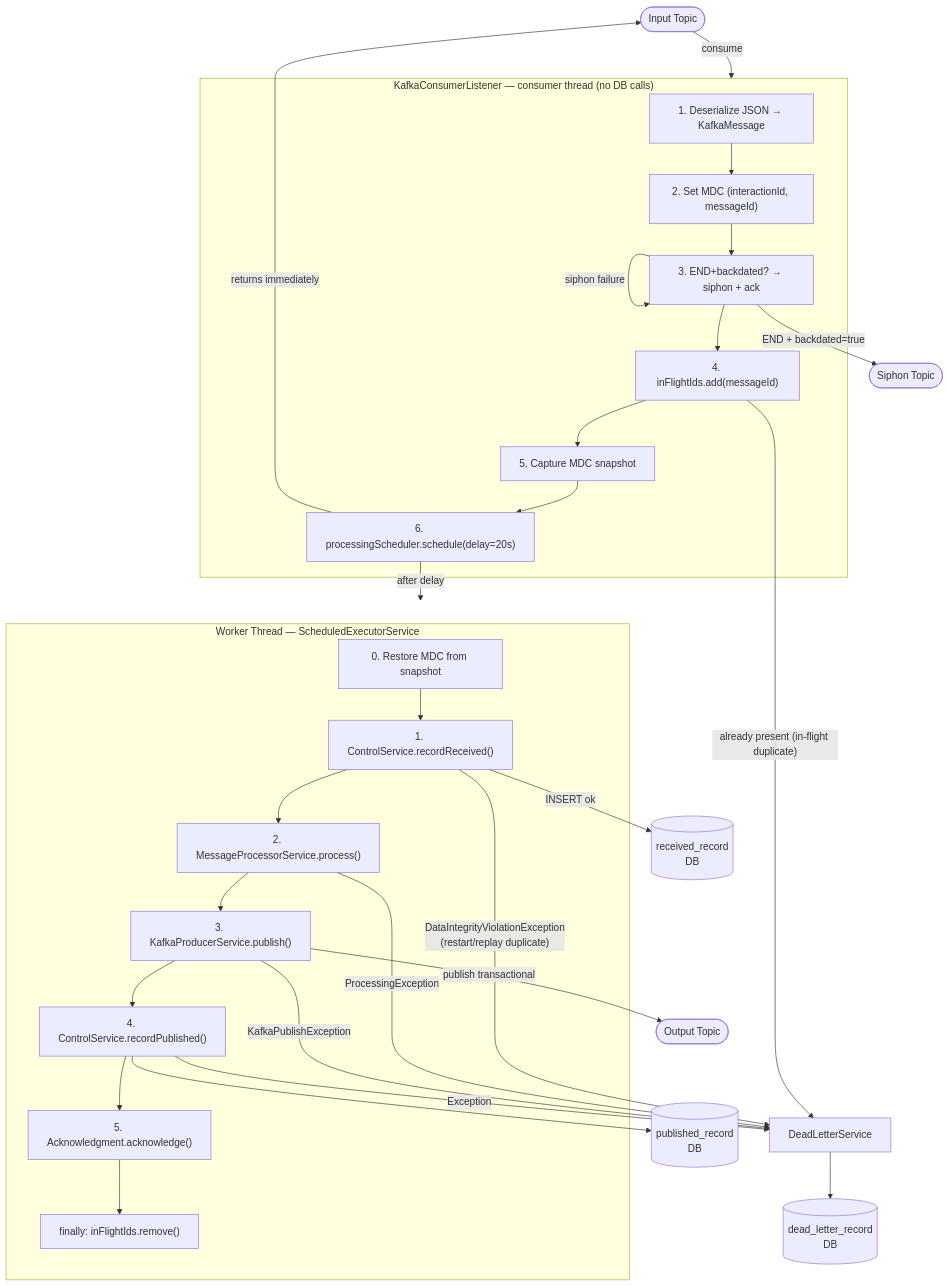
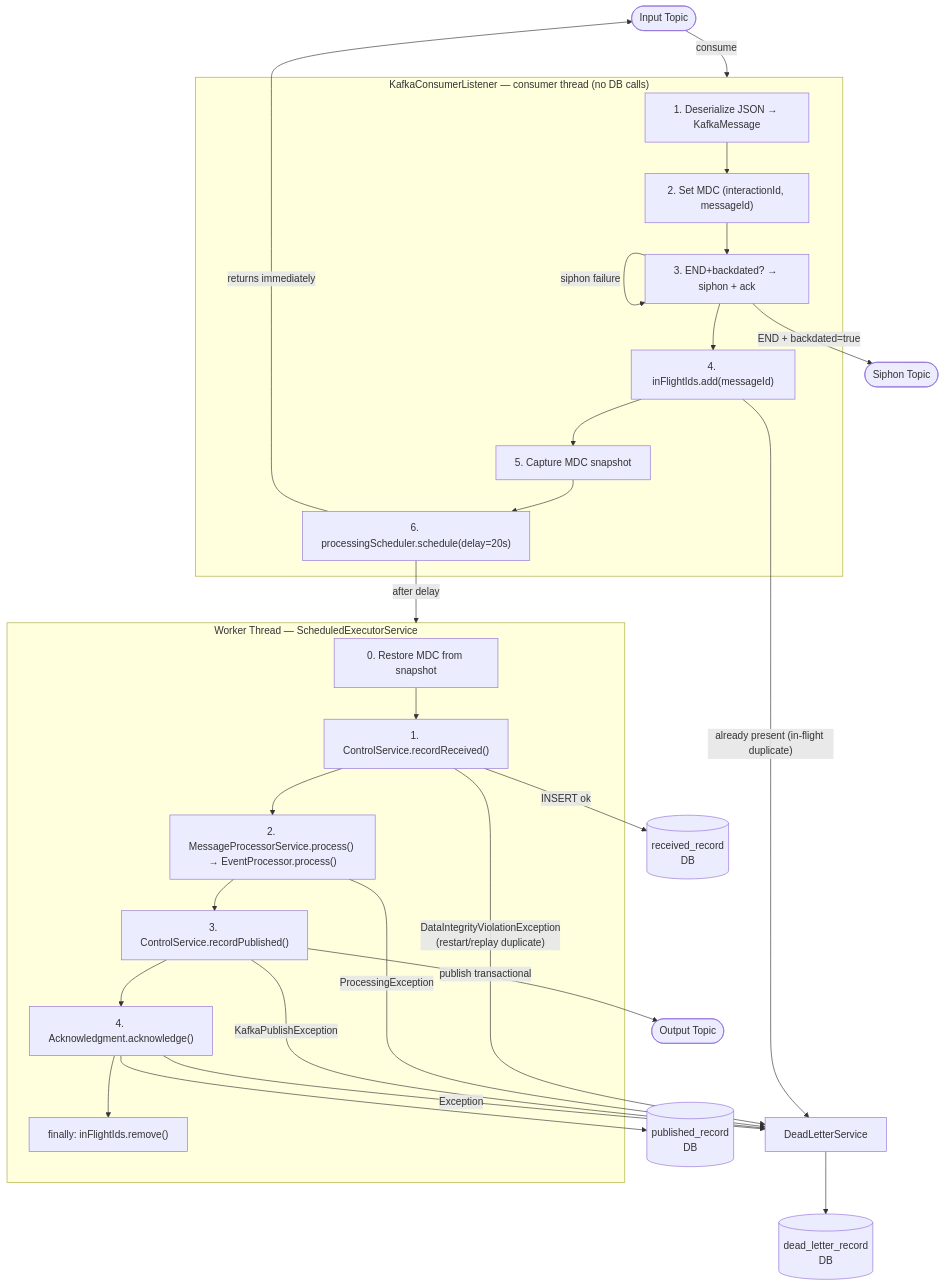
Before and after one commit to thzero/kafka-reader-example: the first of 2 diagrams in README.md, drawn with Mermaid. The commit also changed other lines of this file and 1 other file, not shown here.

Commit message:
updates to readme and diagrams

````diff
--- a/README.md
+++ b/README.md
@@ -38,42 +38,41 @@
 ```mermaid
 flowchart TD
     IT([Input Topic]) -->|consume| CL
 
     subgraph CL["KafkaConsumerListener — consumer thread (no DB calls)"]
         CL1["1. Deserialize JSON → KafkaMessage"]
         CL2["2. Set MDC (interactionId, messageId)"]
     CL3["3. END+backdated? → siphon + ack"]
         CL4["4. inFlightIds.add(messageId)"]
         CL5["5. Capture MDC snapshot"]
         CL6["6. processingScheduler.schedule(delay=20s)"]
         CL1 --> CL2 --> CL3 --> CL4 --> CL5 --> CL6
     end
 
     CL3 -->|"END + backdated=true"| ST([Siphon Topic])
     CL3 -->|siphon failure| CL3
     CL4 -->|"already present (in-flight duplicate)"| DL
     CL6 -->|returns immediately| IT
 
     subgraph WT["Worker Thread — ScheduledExecutorService"]
         WT0["0. Restore MDC from snapshot"]
         WT1["1. ControlService.recordReceived()"]
-        WT2["2. MessageProcessorService.process()"]
-        WT3["3. KafkaProducerService.publish()"]
-        WT4["4. ControlService.recordPublished()"]
-        WT5["5. Acknowledgment.acknowledge()"]
-        WT6["finally: inFlightIds.remove()"]
-        WT0 --> WT1 --> WT2 --> WT3 --> WT4 --> WT5 --> WT6
+        WT2["2. MessageProcessorService.process() → EventProcessor.process()"]
+        WT3["3. ControlService.recordPublished()"]
+        WT4["4. Acknowledgment.acknowledge()"]
+        WT5["finally: inFlightIds.remove()"]
+        WT0 --> WT1 --> WT2 --> WT3 --> WT4 --> WT5
     end
 
     CL6 -->|after delay| WT
     WT1 -->|INSERT ok| RR[(received_record\nDB)]
     WT1 -->|"DataIntegrityViolationException\n(restart/replay duplicate)"| DL
     WT3 -->|publish transactional| OT([Output Topic])
     WT4 --> PR[(published_record\nDB)]
     WT2 -->|ProcessingException| DL
     WT3 -->|KafkaPublishException| DL
     WT4 -->|Exception| DL
 
     DL["DeadLetterService"]
     DL --> DLR[(dead_letter_record\nDB)]
 ```
````
